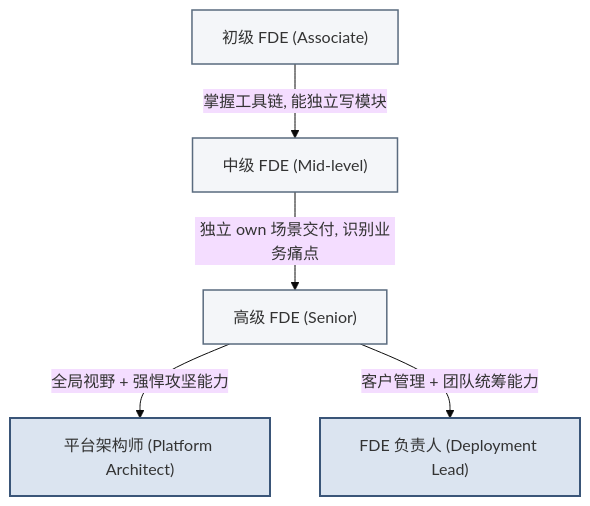
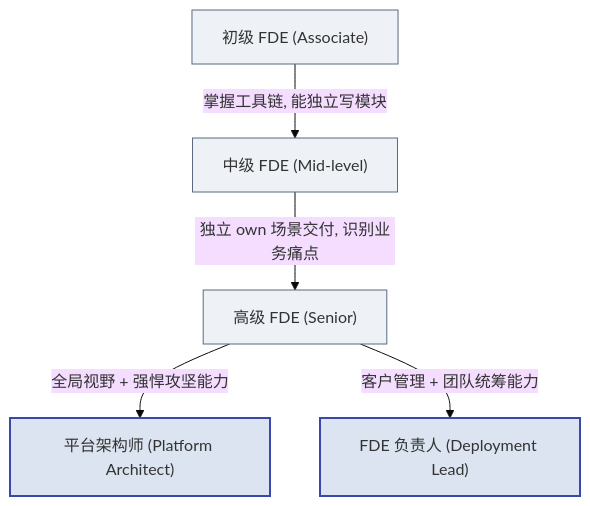
One commit to cloudzun/fde-course changed the first of 2 diagrams in textbook/第12章_FDE人才培养与知识管理.md. Above: the diagram before and after it, drawn with Mermaid (base theme). The commit also changed other lines of this file and 12 other files, not shown here.

Commit message:
style: 全库21张mermaid图规范化——节点ID语义化+品牌色统一+补齐图注，第11章新增反馈环路图

````diff
--- a/textbook/第12章_FDE人才培养与知识管理.md
+++ b/textbook/第12章_FDE人才培养与知识管理.md
@@ -78,13 +78,13 @@
 ```mermaid
 graph TD
-    A["初级 FDE (Associate)"] -->|掌握工具链, 能独立写模块| B["中级 FDE (Mid-level)"]
-    B -->|独立 own 场景交付, 识别业务痛点| C["高级 FDE (Senior)"]
-    C -->|全局视野 + 强悍攻坚能力| D["平台架构师 (Platform Architect)"]
-    C -->|客户管理 + 团队统筹能力| E["FDE 负责人 (Deployment Lead)"]
+    jun["初级 FDE (Associate)"] -->|掌握工具链, 能独立写模块| mid["中级 FDE (Mid-level)"]
+    mid -->|独立 own 场景交付, 识别业务痛点| sen["高级 FDE (Senior)"]
+    sen -->|全局视野 + 强悍攻坚能力| arch["平台架构师 (Platform Architect)"]
+    sen -->|客户管理 + 团队统筹能力| lead["FDE 负责人 (Deployment Lead)"]
     
     %% 注释模块
-    classDef default fill:#f4f6f9,stroke:#5a6b7f,stroke-width:1.5px;
-    classDef highlight fill:#dbe4f0,stroke:#3a5578,stroke-width:2px;
-    class A,B,C default;
-    class D,E highlight;
+    classDef default fill:#eef2f7,stroke:#5a6b7f;
+    classDef highlight fill:#dbe4f0,stroke:#3949ab,stroke-width:2px;
+    class jun,mid,sen default;
+    class arch,lead highlight;
 ```
````
